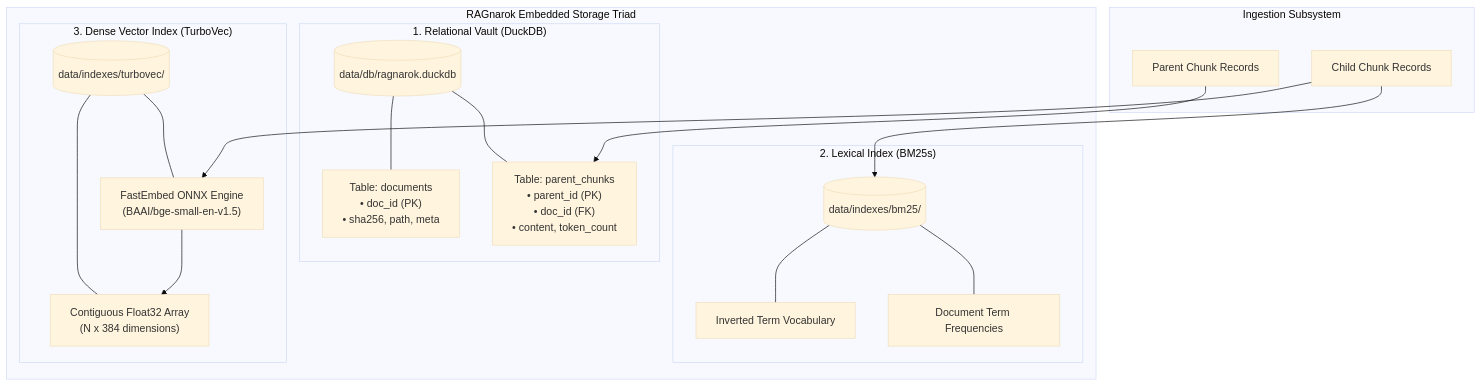
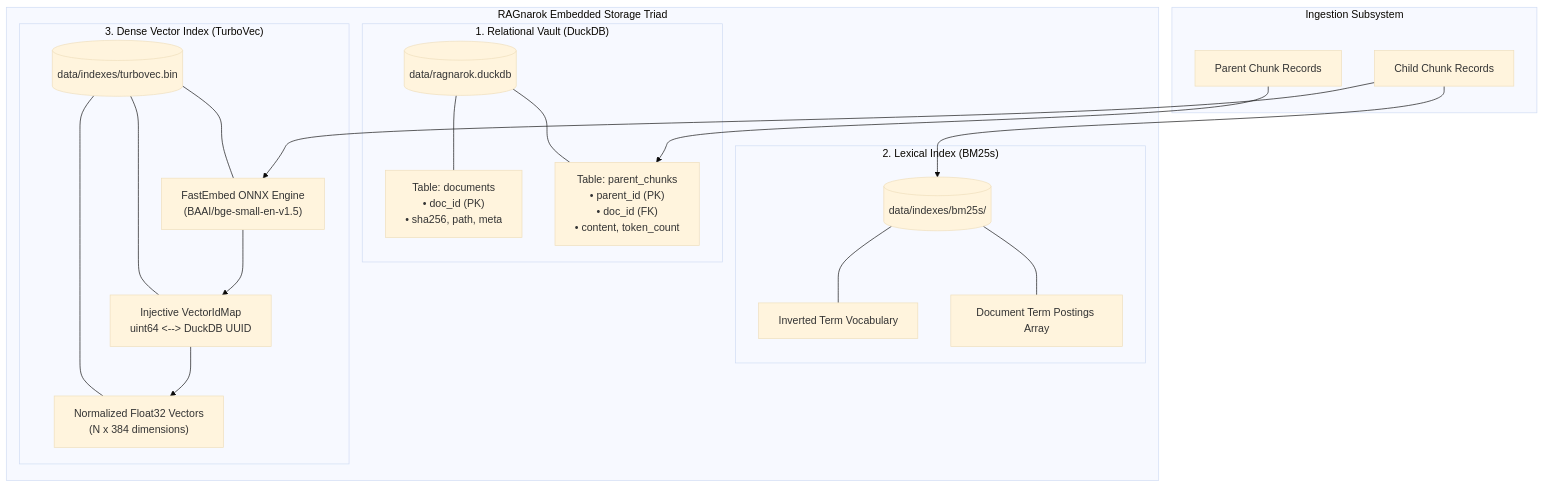
Before and after one commit to uehera/RAGnarok: the diagram in notes/arc/03_storage_and_indexing.md, drawn with Mermaid (base theme). The commit also changed other lines of this file and 14 other files, not shown here.

Commit message:
docs: overhaul setup guide, architectural blueprints, research reports, and main README

````diff
--- a/notes/arc/03_storage_and_indexing.md
+++ b/notes/arc/03_storage_and_indexing.md
@@ -26,37 +26,39 @@
 ```mermaid
 flowchart TD
     subgraph IngestionOutput["Ingestion Subsystem"]
         P_REC["Parent Chunk Records"]
         C_REC["Child Chunk Records"]
     end
 
     subgraph StorageTriad["RAGnarok Embedded Storage Triad"]
         subgraph RelationalVault["1. Relational Vault (DuckDB)"]
-            DDB[("data/db/ragnarok.duckdb")]
+            DDB[("data/ragnarok.duckdb")]
             T_DOC["Table: documents<br>• doc_id (PK)<br>• sha256, path, meta"]
             T_PAR["Table: parent_chunks<br>• parent_id (PK)<br>• doc_id (FK)<br>• content, token_count"]
             DDB --- T_DOC
             DDB --- T_PAR
         end
 
         subgraph LexicalEngine["2. Lexical Index (BM25s)"]
-            BM_IDX[("data/indexes/bm25/")]
+            BM_IDX[("data/indexes/bm25s/")]
             BM_VOC["Inverted Term Vocabulary"]
-            BM_DOC["Document Term Frequencies"]
+            BM_DOC["Document Term Postings Array"]
             BM_IDX --- BM_VOC
             BM_IDX --- BM_DOC
         end
 
         subgraph DenseEngine["3. Dense Vector Index (TurboVec)"]
-            TV_IDX[("data/indexes/turbovec/")]
+            TV_IDX[("data/indexes/turbovec.bin")]
+            TV_MAP["Injective VectorIdMap<br>uint64 &lt;--&gt; DuckDB UUID"]
             TV_EMB["FastEmbed ONNX Engine<br>(BAAI/bge-small-en-v1.5)"]
-            TV_ARR["Contiguous Float32 Array<br>(N x 384 dimensions)"]
+            TV_ARR["Normalized Float32 Vectors<br>(N x 384 dimensions)"]
+            TV_IDX --- TV_MAP
             TV_IDX --- TV_EMB
             TV_IDX --- TV_ARR
         end
     end
 
     P_REC --> T_PAR
     C_REC --> BM_IDX
-    C_REC --> TV_EMB --> TV_ARR
+    C_REC --> TV_EMB --> TV_MAP --> TV_ARR
 ```
````
